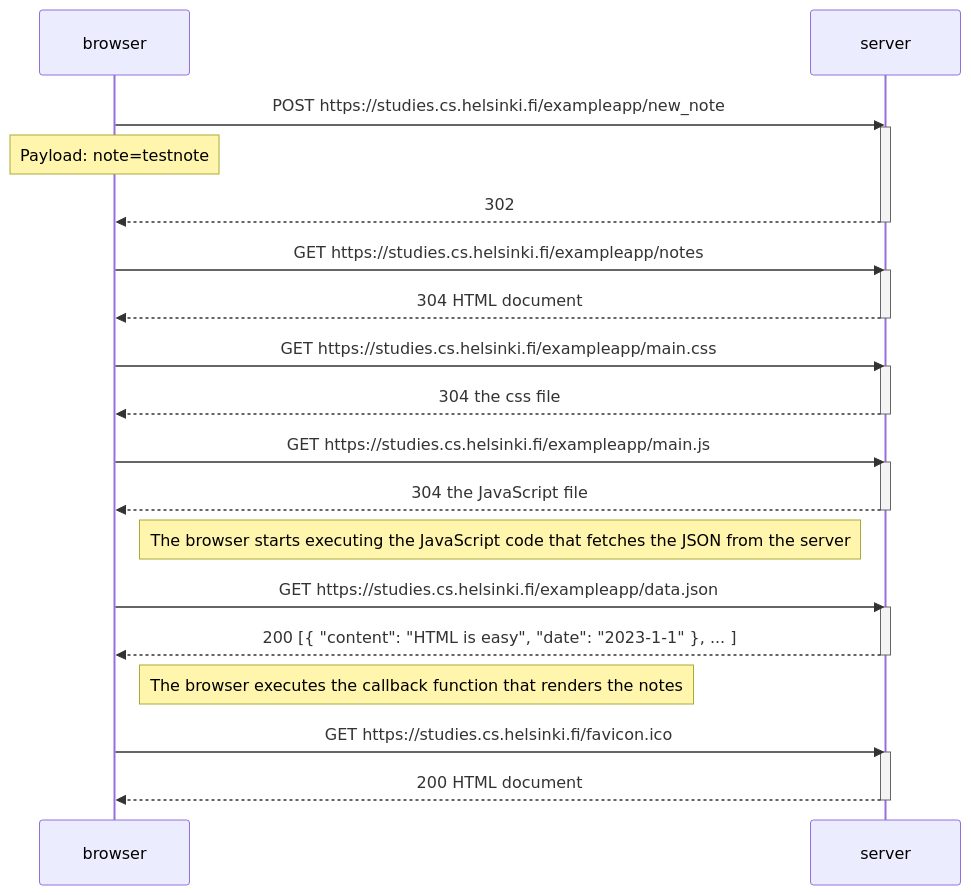
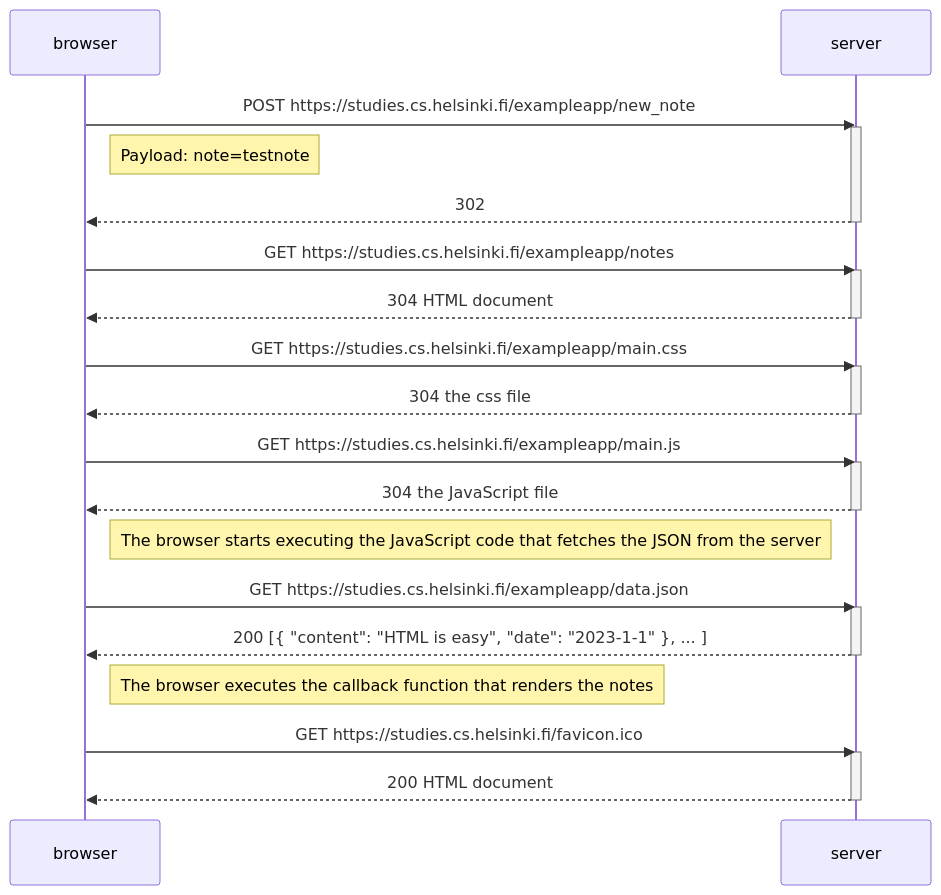
Before and after one commit to immosentomppa/fullstackopen: the diagram in part0/newnotediagram.md, drawn with Mermaid.

````diff
--- a/part0/newnotediagram.md
+++ b/part0/newnotediagram.md
@@ -2,40 +2,40 @@
 ```mermaid
 sequenceDiagram
     participant browser
     participant server
     
     browser->>server: POST https://studies.cs.helsinki.fi/exampleapp/new_note
     activate server
-    Note over browser: Payload: note=testnote
+    Note right of browser: Payload: note=testnote
     server-->>browser: 302
     deactivate server
 
     browser->>server: GET https://studies.cs.helsinki.fi/exampleapp/notes
     activate server
     server-->>browser: 304 HTML document
     deactivate server
 
     browser->>server: GET https://studies.cs.helsinki.fi/exampleapp/main.css
     activate server
     server-->>browser: 304 the css file
     deactivate server
 
     browser->>server: GET https://studies.cs.helsinki.fi/exampleapp/main.js
     activate server
     server-->>browser: 304 the JavaScript file
     deactivate server
 
     Note right of browser: The browser starts executing the JavaScript code that fetches the JSON from the server
 
     browser->>server: GET https://studies.cs.helsinki.fi/exampleapp/data.json
     activate server
     server-->>browser: 200 [{ "content": "HTML is easy", "date": "2023-1-1" }, ... ]
     deactivate server
 
     Note right of browser: The browser executes the callback function that renders the notes
     
     browser->>server: GET https://studies.cs.helsinki.fi/favicon.ico
     activate server
     server-->>browser: 200 HTML document
     deactivate server
 ```    
````
